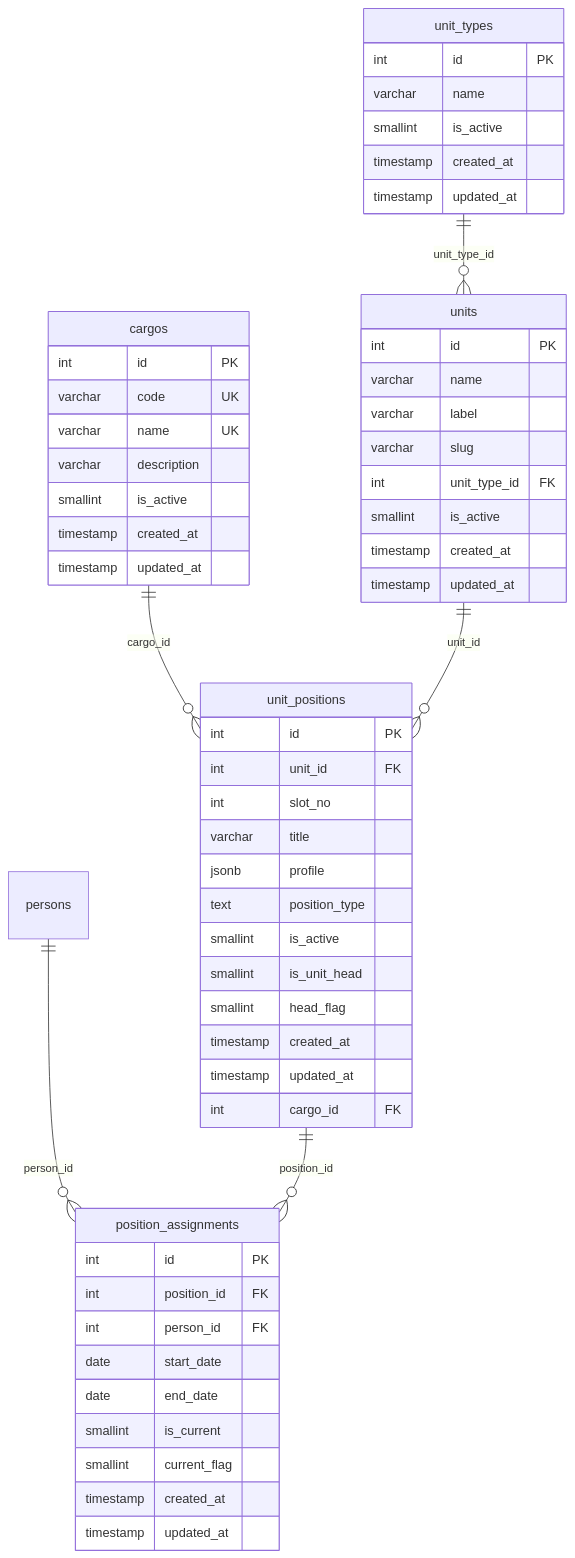
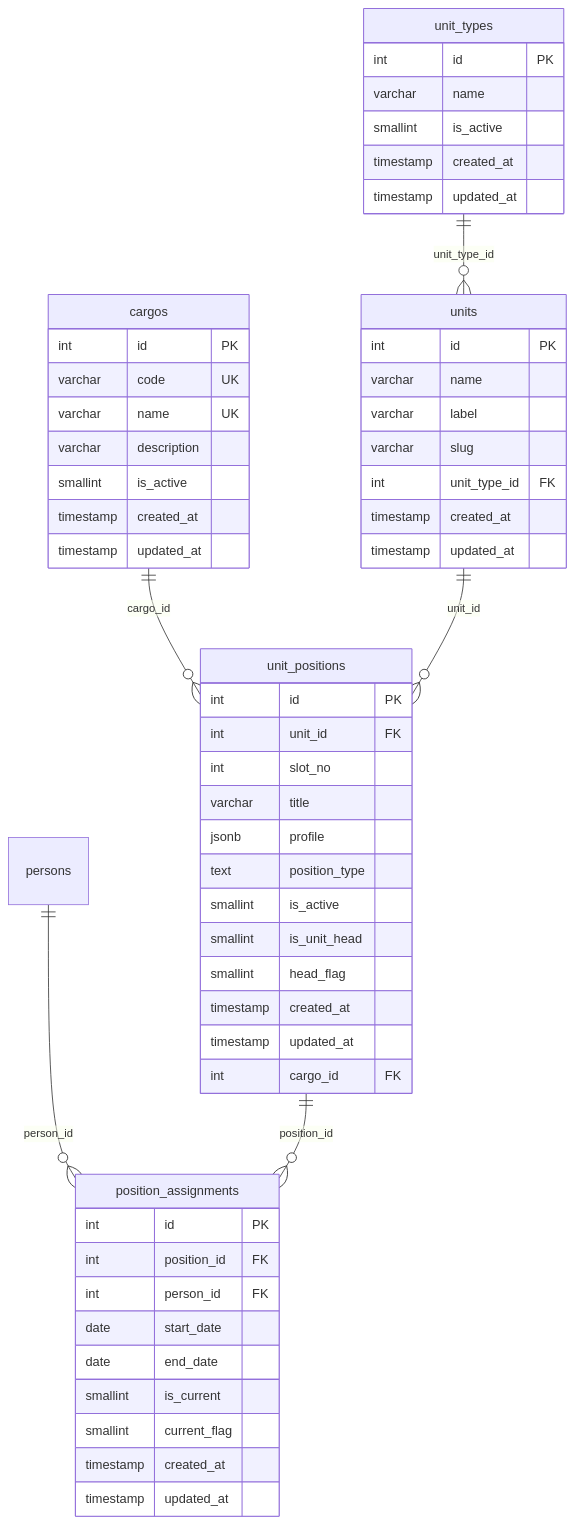
The first of 10 diagrams in docs/src/content/docs/modelo/mapa-con-campos.md (fresvel/deasy), drawn with Mermaid before and after one commit. The commit also changed other lines of this file and 42 other files, not shown here.

````diff
--- a/docs/src/content/docs/modelo/mapa-con-campos.md
+++ b/docs/src/content/docs/modelo/mapa-con-campos.md
@@ -39,60 +39,59 @@
 ```mermaid
 erDiagram
   %% generado por scripts/docs/gen-mapa-campos.mjs: no se edita a mano
   unit_types {
     int id PK
     varchar name
     smallint is_active
     timestamp created_at
     timestamp updated_at
   }
   units {
     int id PK
     varchar name
     varchar label
     varchar slug
     int unit_type_id FK
-    smallint is_active
     timestamp created_at
     timestamp updated_at
   }
   unit_positions {
     int id PK
     int unit_id FK
     int slot_no
     varchar title
     jsonb profile
     text position_type
     smallint is_active
     smallint is_unit_head
     smallint head_flag
     timestamp created_at
     timestamp updated_at
     int cargo_id FK
   }
   cargos {
     int id PK
     varchar code UK
     varchar name UK
     varchar description
     smallint is_active
     timestamp created_at
     timestamp updated_at
   }
   position_assignments {
     int id PK
     int position_id FK
     int person_id FK
     date start_date
     date end_date
     smallint is_current
     smallint current_flag
     timestamp created_at
     timestamp updated_at
   }
   persons ||--o{ position_assignments : "person_id"
   unit_positions ||--o{ position_assignments : "position_id"
   cargos ||--o{ unit_positions : "cargo_id"
   units ||--o{ unit_positions : "unit_id"
   unit_types ||--o{ units : "unit_type_id"
 ```
````
